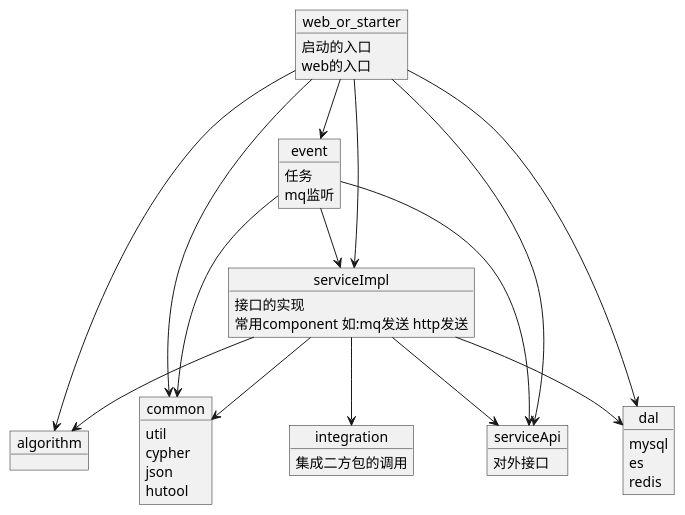
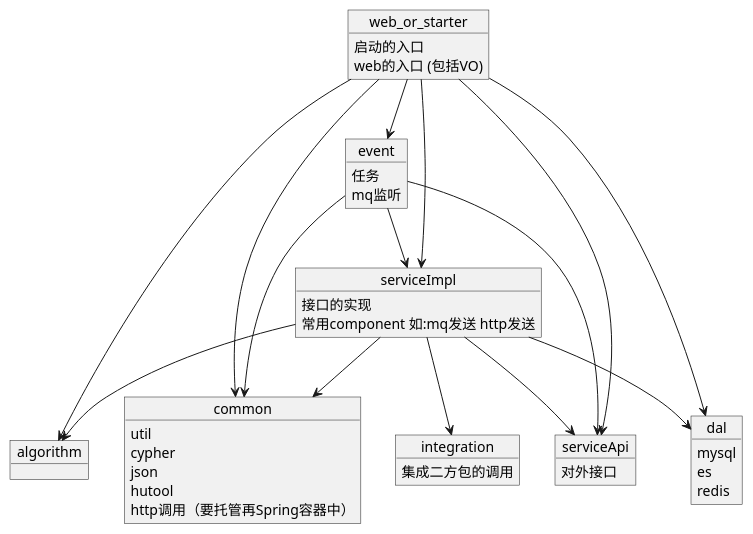
Before and after one commit to deipss/java-edu: the diagram in uml/maven.puml, drawn with PlantUML. The commit also changed 7 other files, not shown here.

```diff
--- a/uml/maven.puml
+++ b/uml/maven.puml
@@ -1,51 +1,52 @@
 @startuml
 object algorithm
 object integration{
     集成二方包的调用
 }
 object common{
 util
 cypher
 json
 hutool
+http调用（要托管再Spring容器中）
 }
 object event{
 任务
 mq监听
 }
 object serviceApi{
 对外接口
 }
 object serviceImpl{
 接口的实现
 常用component 如:mq发送 http发送
 }
 object dal{
 mysql
 es
 redis
 }
 object web_or_starter{
 启动的入口
-web的入口
+web的入口 (包括VO)
 }
 
 web_or_starter --> dal
 web_or_starter --> serviceApi
 web_or_starter --> serviceImpl
 web_or_starter --> event
 web_or_starter --> common
 web_or_starter --> algorithm
 
 serviceImpl --> serviceApi
 serviceImpl --> dal
 serviceImpl --> common
 serviceImpl --> algorithm
 serviceImpl --> integration
 
 event --> serviceApi
 event --> serviceImpl
 event --> common
 
 
 @enduml
```
